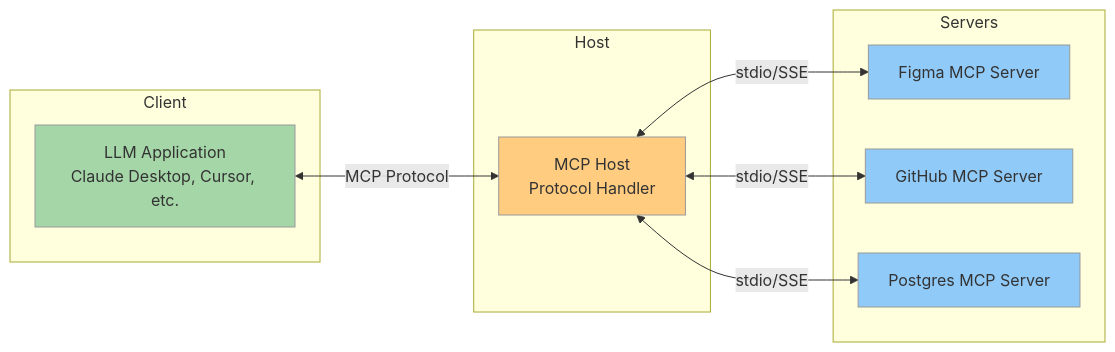
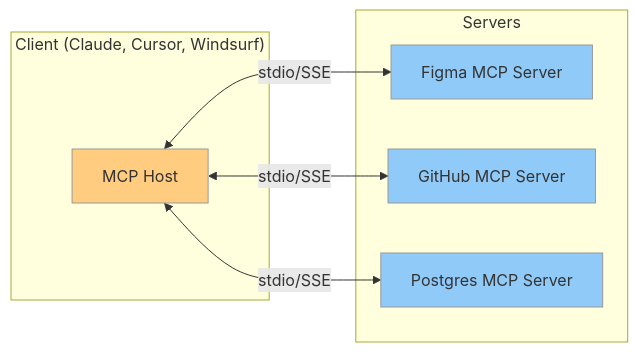
One commit to KylinDC/llm-session changed the eighth of 11 diagrams in slides.md. Above: the diagram before and after it, drawn with Mermaid. The commit also changed other lines of this file and 2 other files, not shown here.

````diff
--- a/slides.md
+++ b/slides.md
@@ -753,27 +754,21 @@
 ```mermaid
 graph LR
-    subgraph Client
-        A[LLM Application<br/>Claude Desktop, Cursor, etc.]
-    end
-
-    subgraph Host
-        B[MCP Host<br/>Protocol Handler]
+    subgraph Client["Client (Claude, Cursor, Windsurf)"]
+        A[MCP Host]
     end
 
     subgraph Servers
         C[Figma MCP Server]
         D[GitHub MCP Server]
         E[Postgres MCP Server]
     end
 
-    A <-->|MCP Protocol| B
-    B <-->|stdio/SSE| C
-    B <-->|stdio/SSE| D
-    B <-->|stdio/SSE| E
+    A <-->|stdio/SSE| C
+    A <-->|stdio/SSE| D
+    A <-->|stdio/SSE| E
 
-    style A fill:#A5D6A7,stroke:#999,color:#333
-    style B fill:#FFCC80,stroke:#999,color:#333
+    style A fill:#FFCC80,stroke:#999,color:#333
     style C fill:#90CAF9,stroke:#999,color:#333
     style D fill:#90CAF9,stroke:#999,color:#333
     style E fill:#90CAF9,stroke:#999,color:#333
 ```
````
